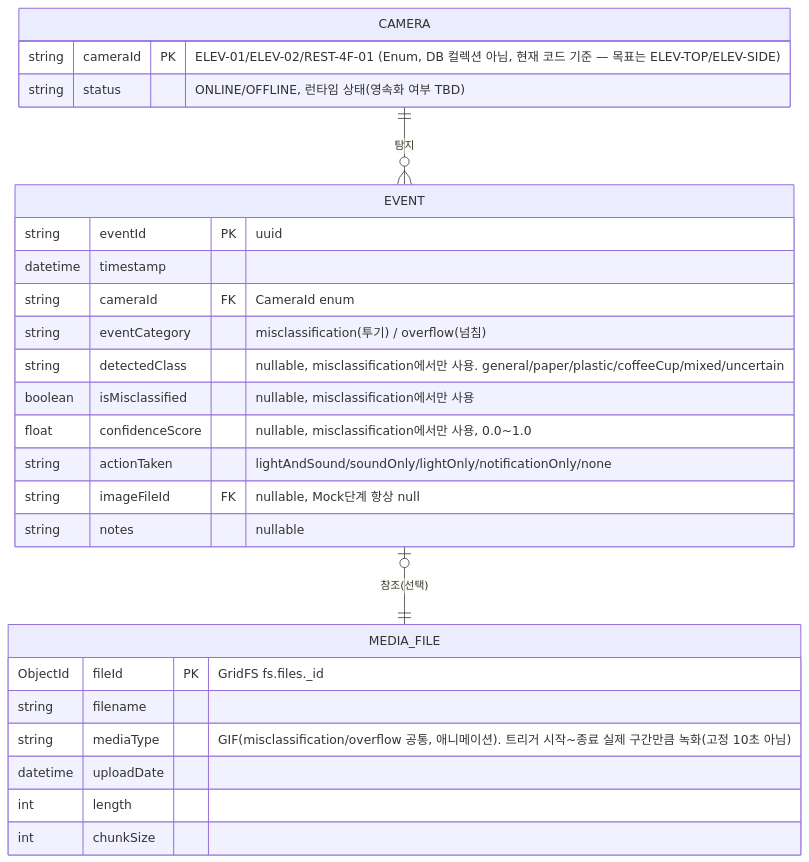
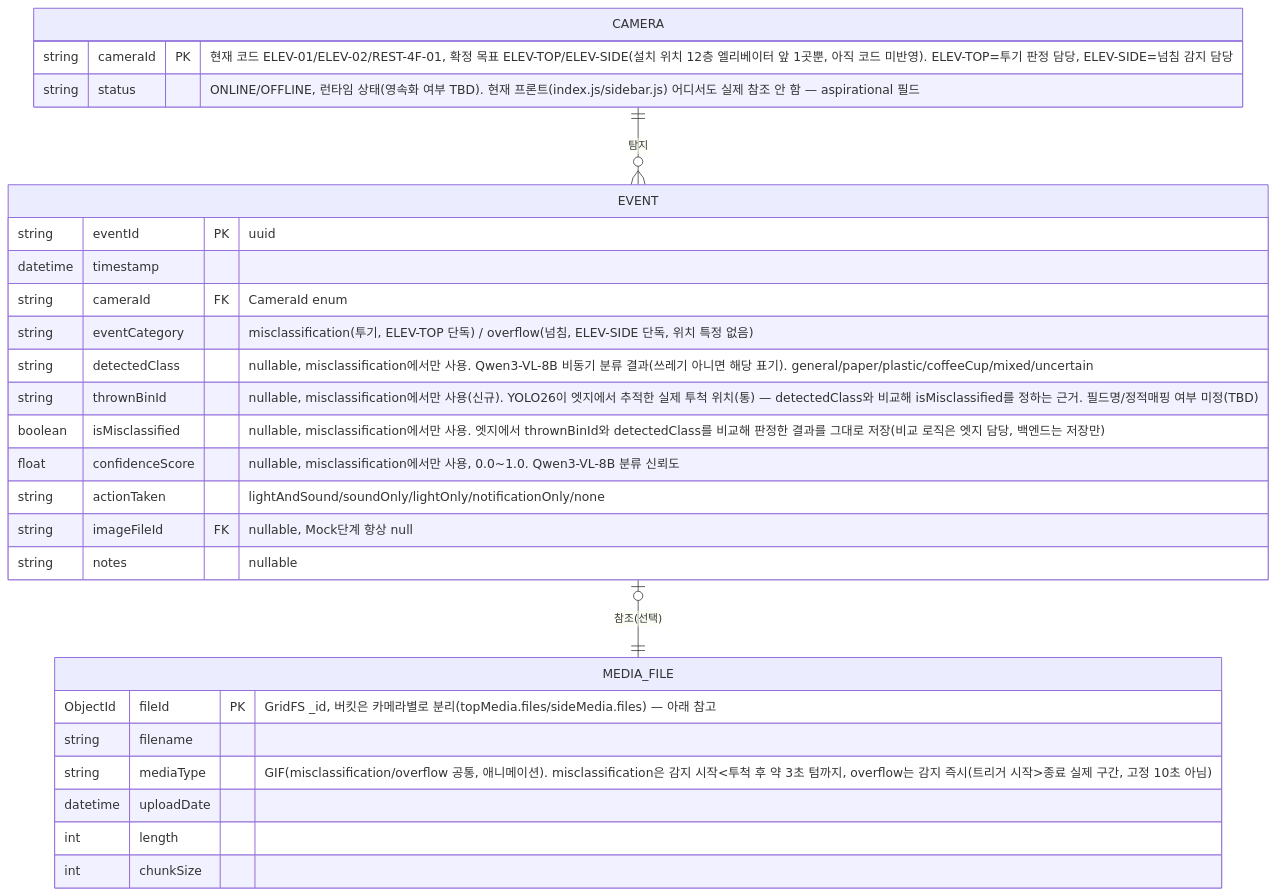
The diagram in Docs/ERD.md (SortMasterr/SortMaster), drawn with Mermaid before and after one commit. The commit also changed other lines of this file and 6 other files, not shown here.

````diff
--- a/Docs/ERD.md
+++ b/Docs/ERD.md
@@ -9,32 +13,33 @@
 ```mermaid
 erDiagram
     CAMERA ||--o{ EVENT : "탐지"
     EVENT |o--|| MEDIA_FILE : "참조(선택)"
 
     CAMERA {
-        string cameraId PK "ELEV-01/ELEV-02/REST-4F-01 (Enum, DB 컬렉션 아님, 현재 코드 기준 — 목표는 ELEV-TOP/ELEV-SIDE)"
-        string status "ONLINE/OFFLINE, 런타임 상태(영속화 여부 TBD)"
+        string cameraId PK "현재 코드 ELEV-01/ELEV-02/REST-4F-01, 확정 목표 ELEV-TOP/ELEV-SIDE(설치 위치 12층 엘리베이터 앞 1곳뿐, 아직 코드 미반영). ELEV-TOP=투기 판정 담당, ELEV-SIDE=넘침 감지 담당"
+        string status "ONLINE/OFFLINE, 런타임 상태(영속화 여부 TBD). 현재 프론트(index.js/sidebar.js) 어디서도 실제 참조 안 함 — aspirational 필드"
     }
 
     EVENT {
         string eventId PK "uuid"
         datetime timestamp
         string cameraId FK "CameraId enum"
-        string eventCategory "misclassification(투기) / overflow(넘침)"
-        string detectedClass "nullable, misclassification에서만 사용. general/paper/plastic/coffeeCup/mixed/uncertain"
-        boolean isMisclassified "nullable, misclassification에서만 사용"
-        float confidenceScore "nullable, misclassification에서만 사용, 0.0~1.0"
+        string eventCategory "misclassification(투기, ELEV-TOP 단독) / overflow(넘침, ELEV-SIDE 단독, 위치 특정 없음)"
+        string detectedClass "nullable, misclassification에서만 사용. Qwen3-VL-8B 비동기 분류 결과(쓰레기 아니면 해당 표기). general/paper/plastic/coffeeCup/mixed/uncertain"
+        string thrownBinId "nullable, misclassification에서만 사용(신규). YOLO26이 엣지에서 추적한 실제 투척 위치(통) — detectedClass와 비교해 isMisclassified를 정하는 근거. 필드명/정적매핑 여부 미정(TBD)"
+        boolean isMisclassified "nullable, misclassification에서만 사용. 엣지에서 thrownBinId와 detectedClass를 비교해 판정한 결과를 그대로 저장(비교 로직은 엣지 담당, 백엔드는 저장만)"
+        float confidenceScore "nullable, misclassification에서만 사용, 0.0~1.0. Qwen3-VL-8B 분류 신뢰도"
         string actionTaken "lightAndSound/soundOnly/lightOnly/notificationOnly/none"
         string imageFileId FK "nullable, Mock단계 항상 null"
         string notes "nullable"
     }
 
     MEDIA_FILE {
-        ObjectId fileId PK "GridFS fs.files._id"
+        ObjectId fileId PK "GridFS _id, 버킷은 카메라별로 분리(topMedia.files/sideMedia.files) — 아래 참고"
         string filename
-        string mediaType "GIF(misclassification/overflow 공통, 애니메이션). 트리거 시작~종료 실제 구간만큼 녹화(고정 10초 아님)"
+        string mediaType "GIF(misclassification/overflow 공통, 애니메이션). misclassification은 감지 시작~투척 후 약 3초 텀까지, overflow는 감지 즉시(트리거 시작~종료 실제 구간, 고정 10초 아님)"
         datetime uploadDate
         int length
         int chunkSize
     }
 ```
````
